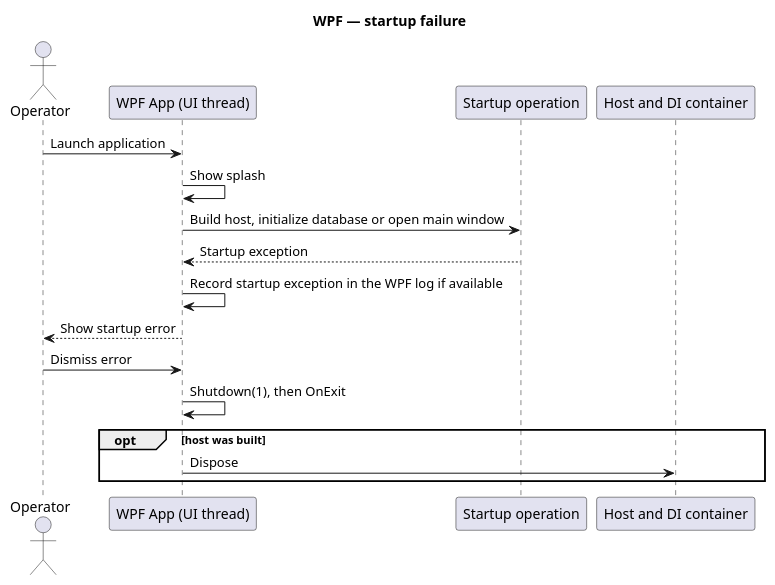
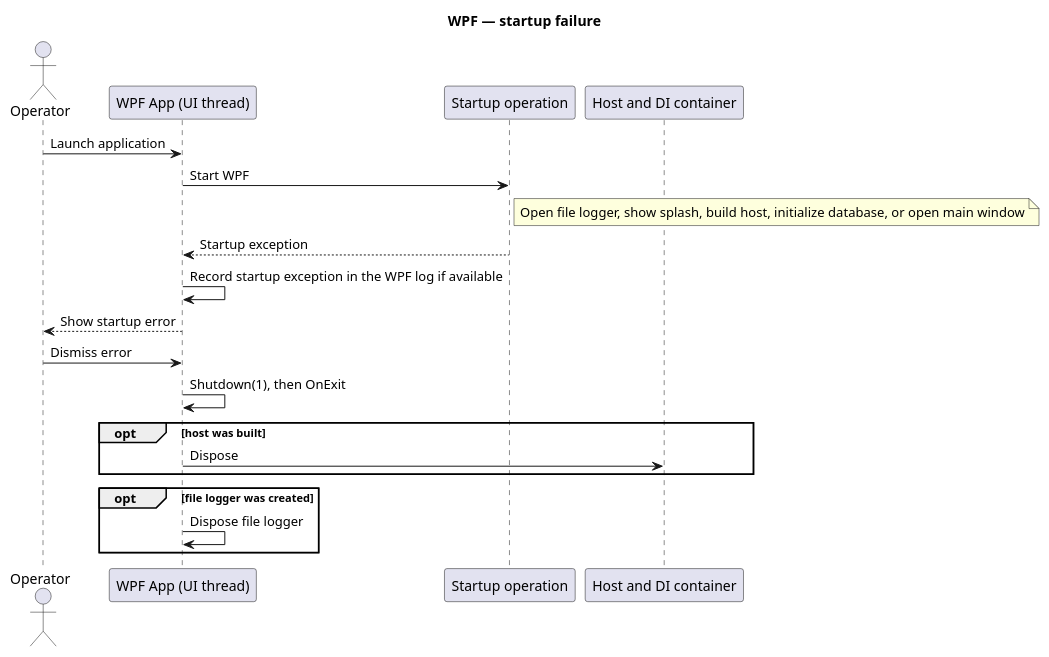
Before and after one commit to EbbeMeloSorensen/Smurfs: the diagram in docs/behavioral/diagrams/wpf-startup-failure.puml, drawn with PlantUML. The commit also changed 10 other files, not shown here.

```diff
--- a/docs/behavioral/diagrams/wpf-startup-failure.puml
+++ b/docs/behavioral/diagrams/wpf-startup-failure.puml
@@ -1,19 +1,22 @@
 @startuml
 title WPF — startup failure
 actor Operator
 participant "WPF App (UI thread)" as App
 participant "Startup operation" as Startup
 participant "Host and DI container" as Host
 
 Operator -> App : Launch application
-App -> App : Show splash
-App -> Startup : Build host, initialize database or open main window
+App -> Startup : Start WPF
+note right of Startup: Open file logger, show splash, build host, initialize database, or open main window
 Startup --> App : Startup exception
 App -> App : Record startup exception in the WPF log if available
 App --> Operator : Show startup error
 Operator -> App : Dismiss error
 App -> App : Shutdown(1), then OnExit
 opt host was built
   App -> Host : Dispose
 end
+opt file logger was created
+  App -> App : Dispose file logger
+end
 @enduml
```
